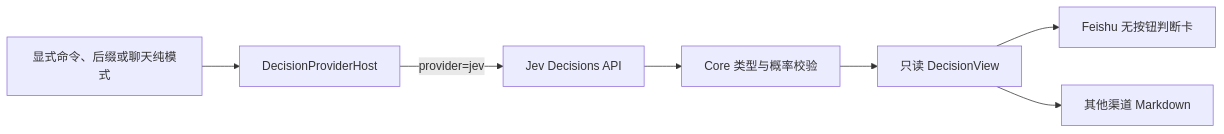
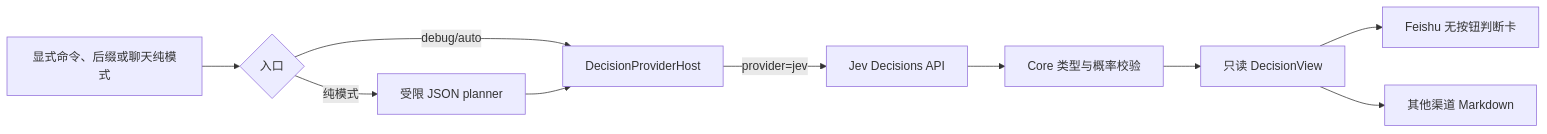
One commit to dddfuxi/codex-im-suite changed the fourth of 23 diagrams in docs/PROJECT-ARCHITECTURE.md. Above: the diagram before and after it, drawn with Mermaid. The commit also changed other lines of this file and 23 other files, not shown here.

````diff
--- a/docs/PROJECT-ARCHITECTURE.md
+++ b/docs/PROJECT-ARCHITECTURE.md
@@ -168,9 +168,12 @@
 ```mermaid
 flowchart LR
-  Request[显式命令、后缀或聊天纯模式] --> Host[DecisionProviderHost]
+  Request[显式命令、后缀或聊天纯模式] --> Route{入口}
+  Route -->|纯模式| Planner[受限 JSON planner]
+  Route -->|debug/auto| Host[DecisionProviderHost]
+  Planner --> Host
   Host -->|provider=jev| Jev[Jev Decisions API]
   Jev --> Validate[Core 类型与概率校验]
   Validate --> View[只读 DecisionView]
   View --> FeishuCard[Feishu 无按钮判断卡]
   View --> Markdown[其他渠道 Markdown]
 ```
````
